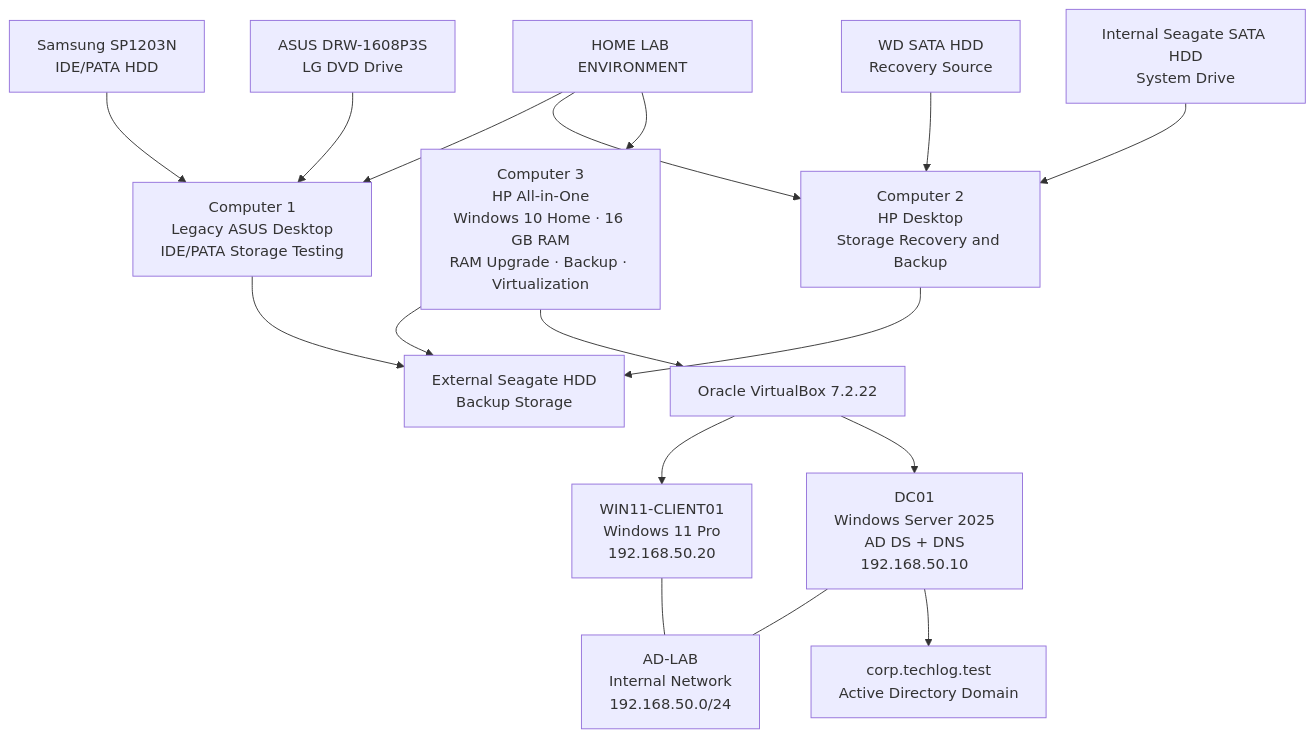
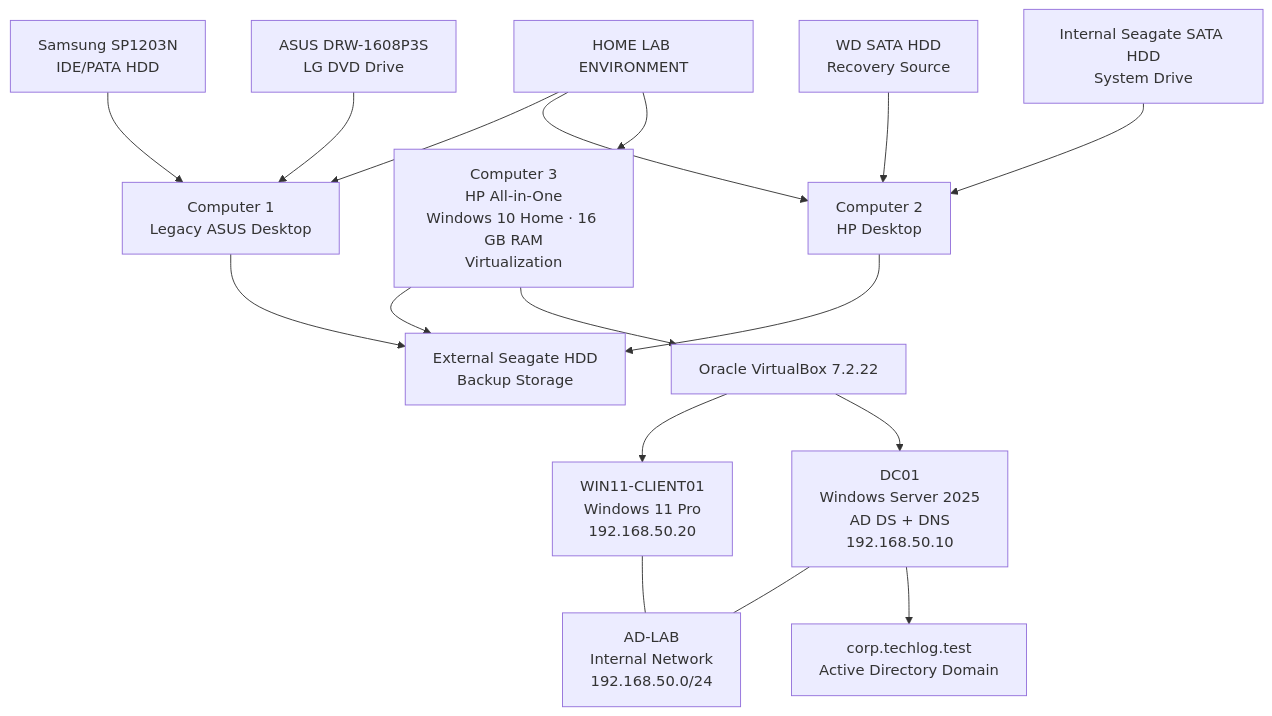
One commit to aang81a/my-it-support-portfolio changed the second of 2 diagrams in PROJECTS/01-lab-environment/lab-environment-overview.md. Above: the diagram before and after it, drawn with Mermaid.

````diff
--- a/PROJECTS/01-lab-environment/lab-environment-overview.md
+++ b/PROJECTS/01-lab-environment/lab-environment-overview.md
@@ -47,41 +47,41 @@
 ```mermaid
 flowchart TB
     HOME["HOME LAB ENVIRONMENT"]
 
-    C1["Computer 1<br/>Legacy ASUS Desktop<br/>IDE/PATA Storage Testing"]
-    C2["Computer 2<br/>HP Desktop<br/>Storage Recovery and Backup"]
-    C3["Computer 3<br/>HP All-in-One<br/>Windows 10 Home · 16 GB RAM<br/>RAM Upgrade · Backup · Virtualization"]
+    C1["Computer 1<br/>Legacy ASUS Desktop<br/>"]
+    C2["Computer 2<br/>HP Desktop<br/>"]
+    C3["Computer 3<br/>HP All-in-One<br/>Windows 10 Home · 16 GB RAM<br/>Virtualization"]
 
     HDD1["Samsung SP1203N<br/>IDE/PATA HDD"]
     OPT["ASUS DRW-1608P3S<br/>LG DVD Drive"]
     HDD2["WD SATA HDD<br/>Recovery Source"]
     HDD3["Internal Seagate SATA HDD<br/>System Drive"]
 
     BACKUP["External Seagate HDD<br/>Backup Storage"]
 
     VB["Oracle VirtualBox 7.2.22"]
     CLIENT["WIN11-CLIENT01<br/>Windows 11 Pro<br/>192.168.50.20"]
     SERVER["DC01<br/>Windows Server 2025<br/>AD DS + DNS<br/>192.168.50.10"]
     NETWORK["AD-LAB<br/>Internal Network<br/>192.168.50.0/24"]
     DOMAIN["corp.techlog.test<br/>Active Directory Domain"]
 
     HOME --> C1
     HOME --> C2
     HOME --> C3
 
     HDD1 --> C1
     OPT --> C1
     HDD2 --> C2
     HDD3 --> C2
 
     C1 --> BACKUP
     C2 --> BACKUP
     C3 --> BACKUP
 
     C3 --> VB
     VB --> CLIENT
     VB --> SERVER
     CLIENT --- NETWORK
     SERVER --- NETWORK
     SERVER --> DOMAIN
 ```
````
